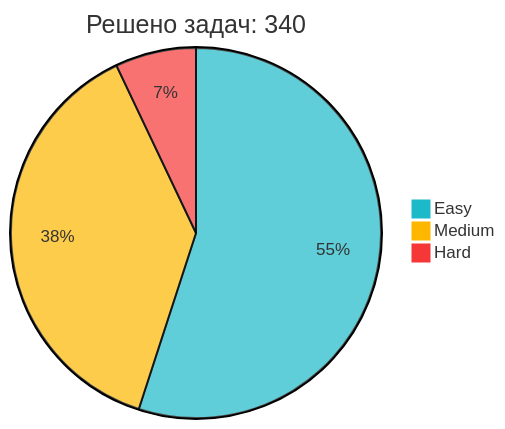
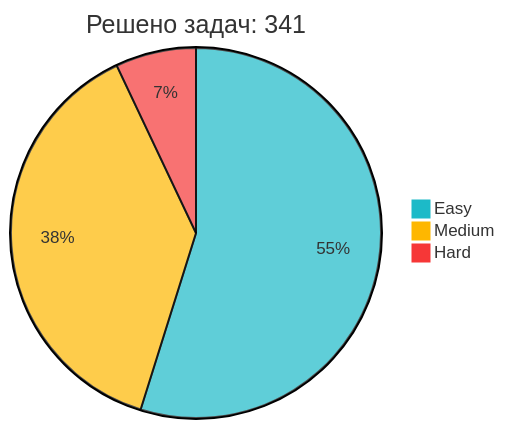
The diagram in README.md (IliaKurdukov/IliaKurdukov), drawn with Mermaid before and after one commit. The commit also changed other lines of this file, not shown here.

Commit message:
📈 Обновление статистики LeetCode

````diff
--- a/README.md
+++ b/README.md
@@ -51,7 +51,7 @@
 ```mermaid
 %%{init: {'theme': 'base', 'themeVariables': { 'pie1': '#1CBAC8', 'pie2': '#FEB700', 'pie3': '#F63737' }, 'config': {'width': 300, 'height': 200}}}%%
-pie title Решено задач: 340
+pie title Решено задач: 341
    "Easy" : 187
-   "Medium" : 129
+   "Medium" : 130
    "Hard" : 24
 ```
````
